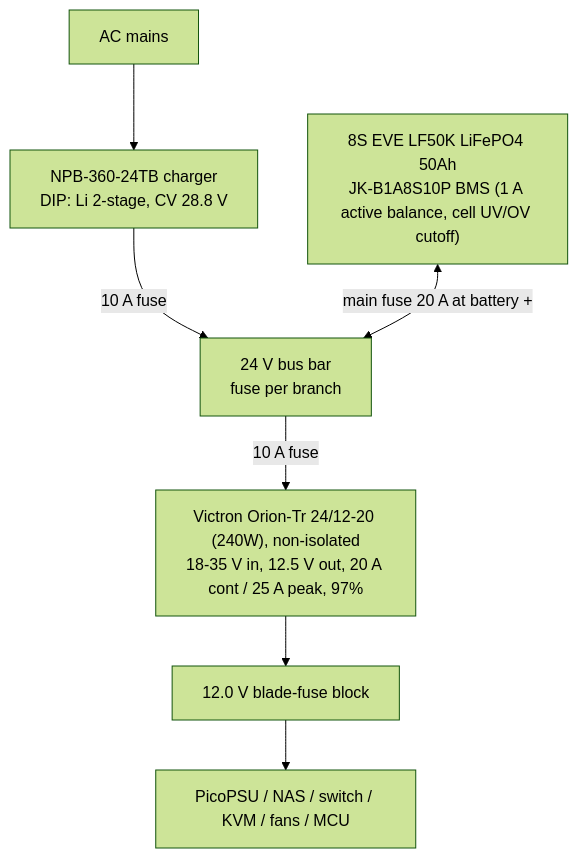
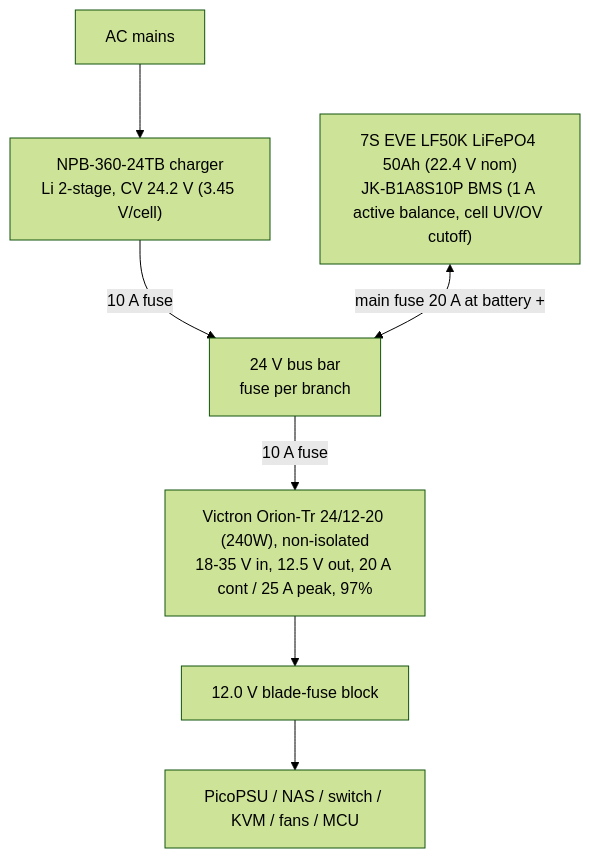
One commit to KargJonas/minirack changed the diagram in system-design/design.md. Above: the diagram before and after it, drawn with Mermaid (forest theme). The commit also changed other lines of this file and 41 other files, not shown here.

````diff
--- a/system-design/design.md
+++ b/system-design/design.md
@@ -87,9 +90,9 @@
 ```mermaid
 flowchart TD
-    AC[AC mains] --> CHG["NPB-360-24TB charger<br/>DIP: Li 2-stage, CV 28.8 V"]
+    AC[AC mains] --> CHG["NPB-360-24TB charger<br/>Li 2-stage, CV 24.2 V (3.45 V/cell)"]
     CHG -->|10 A fuse| BUS["24 V bus bar<br/>fuse per branch"]
-    BAT["8S EVE LF50K LiFePO4 50Ah<br/>JK-B1A8S10P BMS (1 A active balance, cell UV/OV cutoff)"] <-->|main fuse 20 A at battery +| BUS
+    BAT["7S EVE LF50K LiFePO4 50Ah (22.4 V nom)<br/>JK-B1A8S10P BMS (1 A active balance, cell UV/OV cutoff)"] <-->|main fuse 20 A at battery +| BUS
     BUS -->|10 A fuse| BUCK["Victron Orion-Tr 24/12-20 (240W), non-isolated<br/>18-35 V in, 12.5 V out, 20 A cont / 25 A peak, 97%"]
     BUCK --> DIST["12.0 V blade-fuse block"]
     DIST --> LOADS["PicoPSU / NAS / switch / KVM / fans / MCU"]
 ```
````
